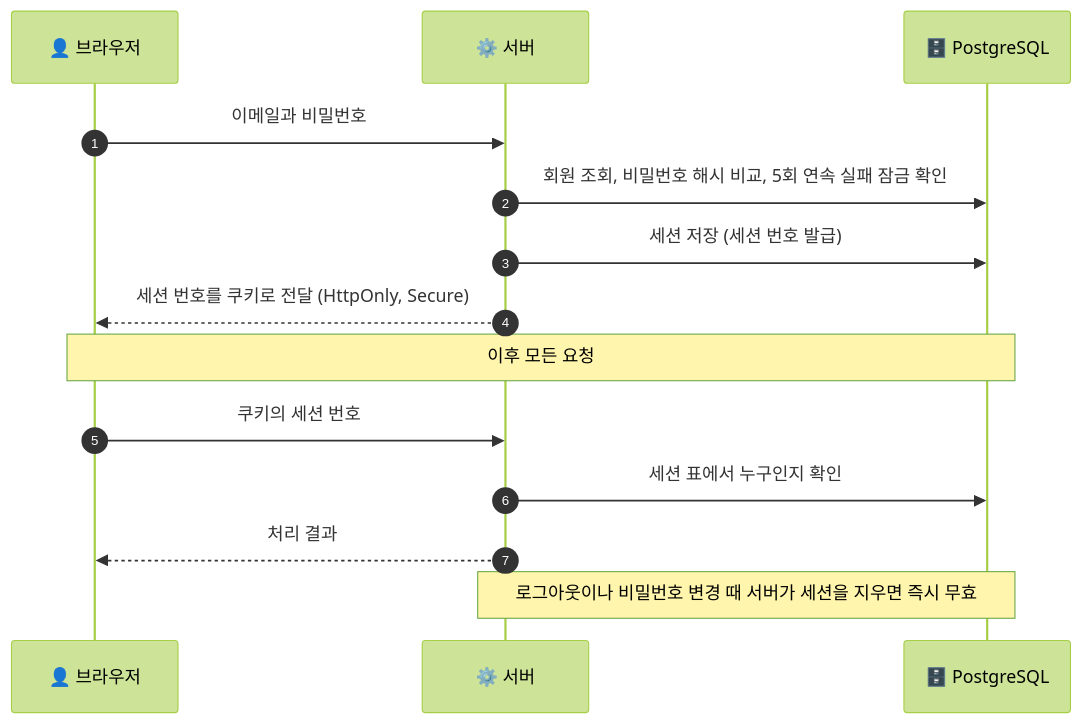
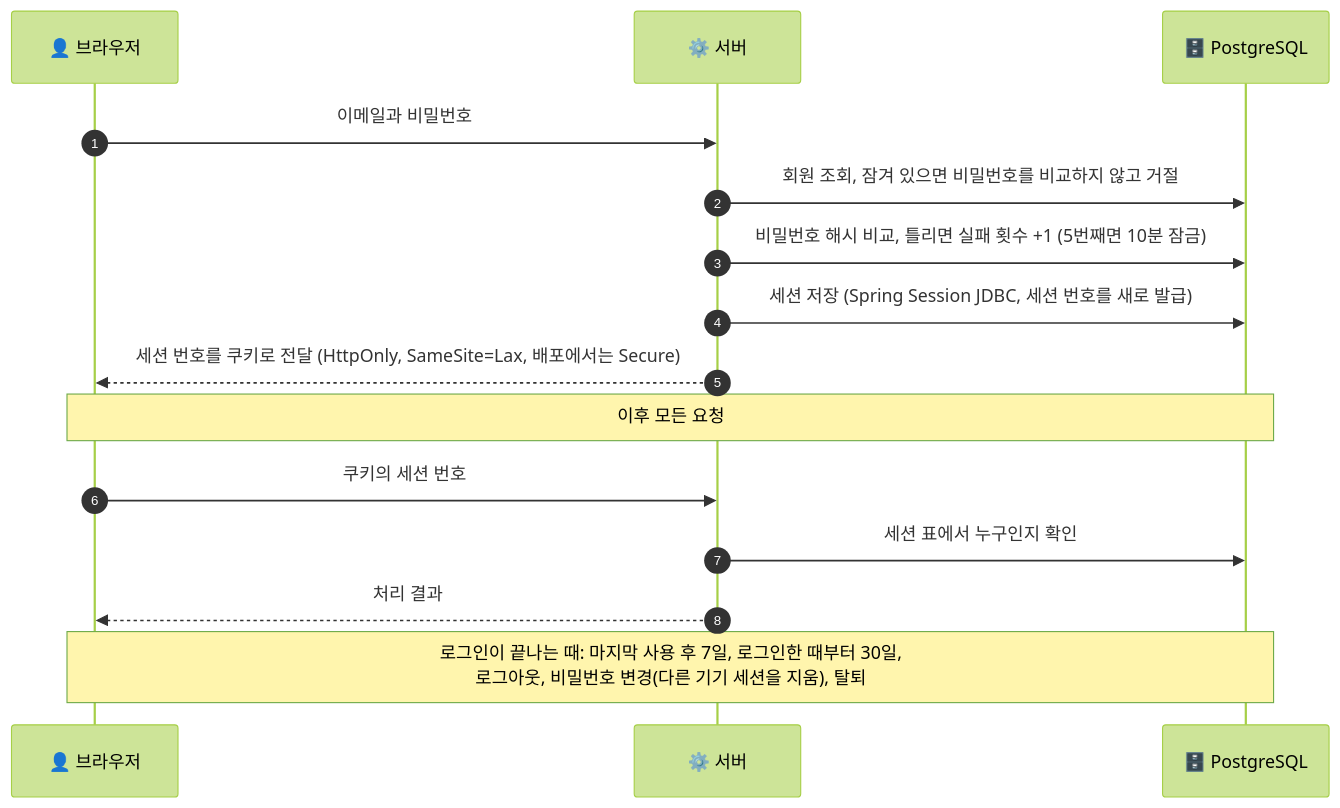
Before and after one commit to home-blog/docs: the diagram in docs/3-설계/그림/원본/05-로그인과세션.mmd, drawn with Mermaid (forest theme). The commit also changed 17 other files, not shown here.

```diff
--- a/docs/3-설계/그림/원본/05-로그인과세션.mmd
+++ b/docs/3-설계/그림/원본/05-로그인과세션.mmd
@@ -1,15 +1,16 @@
 sequenceDiagram
   autonumber
   participant B as 👤 브라우저
   participant S as ⚙️ 서버
   participant D as 🗄️ PostgreSQL
 
   B->>S: 이메일과 비밀번호
-  S->>D: 회원 조회, 비밀번호 해시 비교, 5회 연속 실패 잠금 확인
-  S->>D: 세션 저장 (세션 번호 발급)
-  S-->>B: 세션 번호를 쿠키로 전달 (HttpOnly, Secure)
+  S->>D: 회원 조회, 잠겨 있으면 비밀번호를 비교하지 않고 거절
+  S->>D: 비밀번호 해시 비교, 틀리면 실패 횟수 +1 (5번째면 10분 잠금)
+  S->>D: 세션 저장 (Spring Session JDBC, 세션 번호를 새로 발급)
+  S-->>B: 세션 번호를 쿠키로 전달 (HttpOnly, SameSite=Lax, 배포에서는 Secure)
   Note over B,D: 이후 모든 요청
   B->>S: 쿠키의 세션 번호
   S->>D: 세션 표에서 누구인지 확인
   S-->>B: 처리 결과
-  Note over S,D: 로그아웃이나 비밀번호 변경 때 서버가 세션을 지우면 즉시 무효
+  Note over B,D: 로그인이 끝나는 때: 마지막 사용 후 7일, 로그인한 때부터 30일,<br/>로그아웃, 비밀번호 변경(다른 기기 세션을 지움), 탈퇴
```
